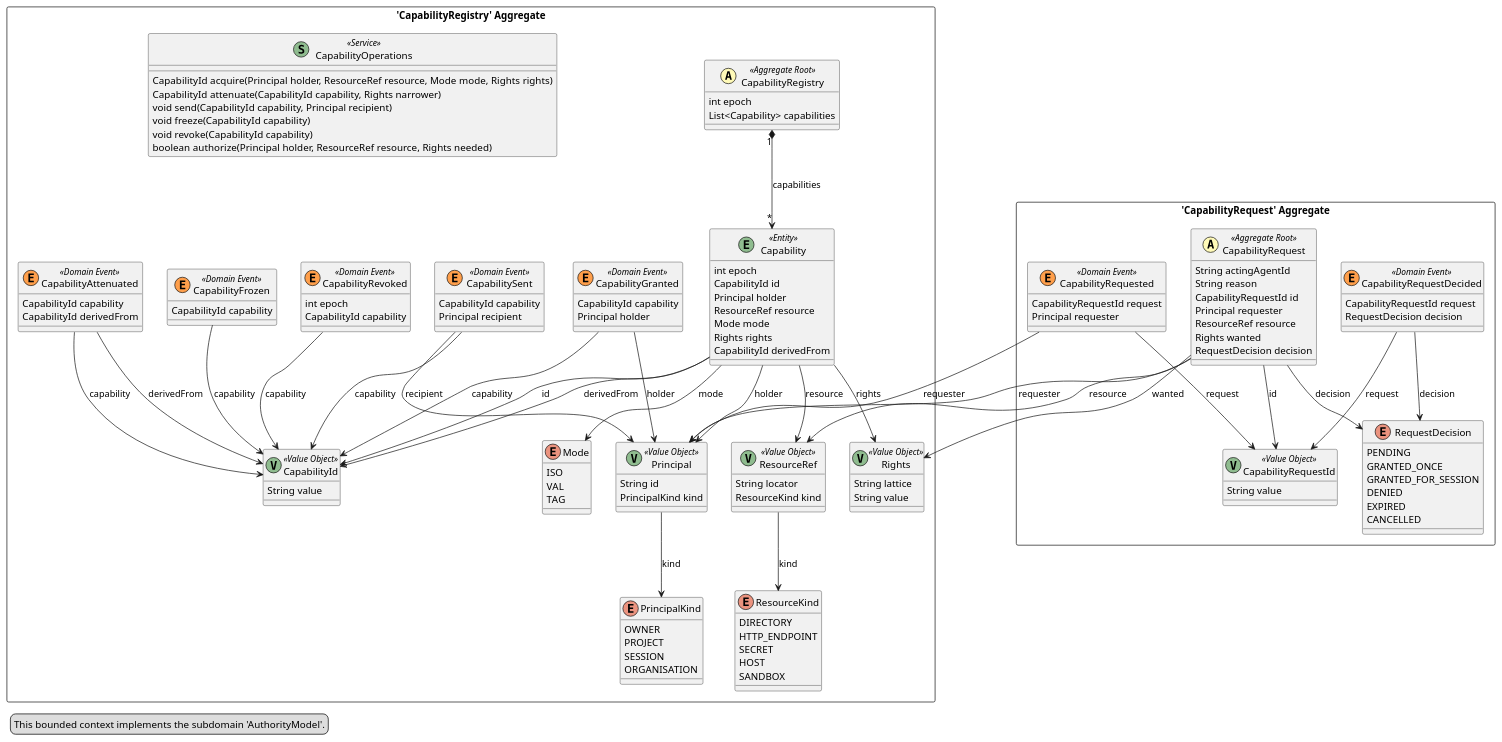
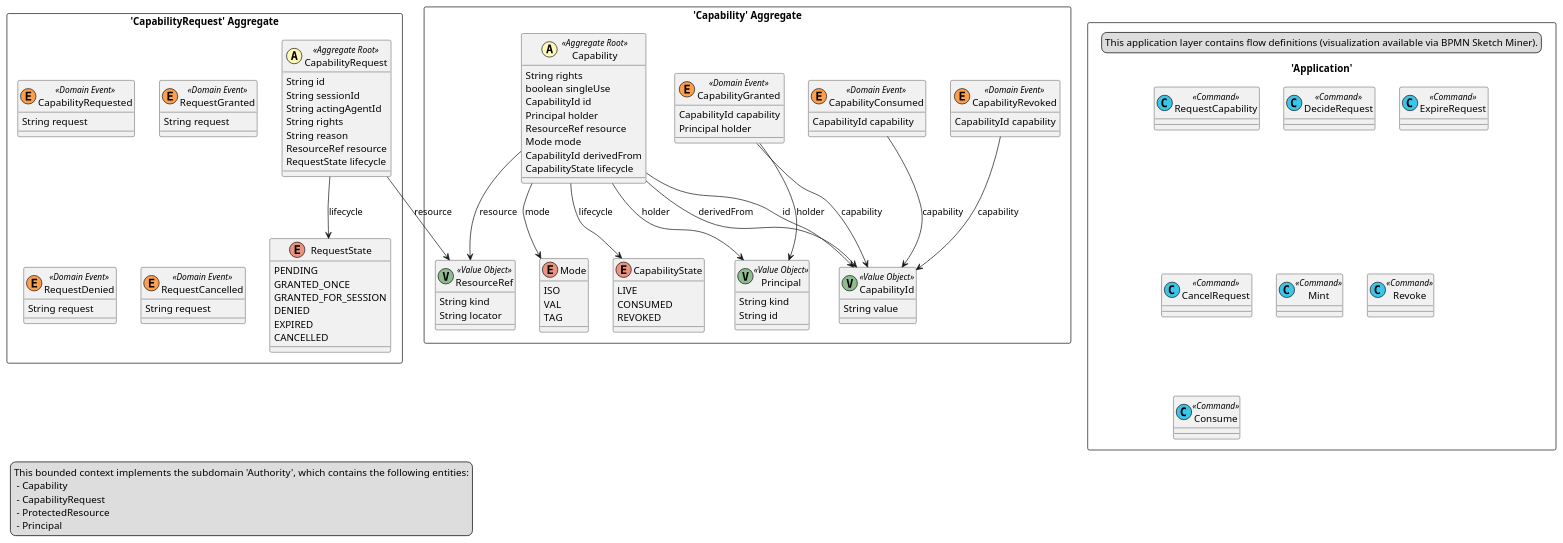
One commit to phibkro/agent-hypervisor changed the diagram in domain/out/agent-hypervisor_BC_Authority.puml. Above: the diagram before and after it, drawn with PlantUML. The commit also changed 42 other files, not shown here.

First line of the commit message:
Domain model draft 4: discovery pass (user stories, subdomain nouns, lifecycle flows), four contexts

```diff
--- a/domain/out/agent-hypervisor_BC_Authority.puml
+++ b/domain/out/agent-hypervisor_BC_Authority.puml
@@ -1,141 +1,119 @@
 @startuml
 
 skinparam componentStyle uml2
 
-package "'CapabilityRegistry' Aggregate" <<Rectangle>> {
-	class CapabilityRegistry <<(A,#fffab8) Aggregate Root>> {
-		int epoch
-		List<Capability> capabilities
-	}
-	class Capability <<(E,DarkSeaGreen) Entity>> {
-		int epoch
+package "'Capability' Aggregate" <<Rectangle>> {
+	class Capability <<(A,#fffab8) Aggregate Root>> {
+		String rights
+		boolean singleUse
 		CapabilityId id
 		Principal holder
 		ResourceRef resource
 		Mode mode
-		Rights rights
 		CapabilityId derivedFrom
+		CapabilityState lifecycle
 	}
 	class CapabilityId <<(V,DarkSeaGreen) Value Object>> {
 		String value
 	}
 	class Principal <<(V,DarkSeaGreen) Value Object>> {
+		String kind
 		String id
-		PrincipalKind kind
 	}
-	enum PrincipalKind {
-		OWNER
-		PROJECT
-		SESSION
-		ORGANISATION
+	class ResourceRef <<(V,DarkSeaGreen) Value Object>> {
+		String kind
+		String locator
 	}
 	enum Mode {
 		ISO
 		VAL
 		TAG
 	}
-	class ResourceRef <<(V,DarkSeaGreen) Value Object>> {
-		String locator
-		ResourceKind kind
-	}
-	enum ResourceKind {
-		DIRECTORY
-		HTTP_ENDPOINT
-		SECRET
-		HOST
-		SANDBOX
-	}
-	class Rights <<(V,DarkSeaGreen) Value Object>> {
-		String lattice
-		String value
+	enum CapabilityState {
+		LIVE
+		CONSUMED
+		REVOKED
 	}
 	class CapabilityGranted <<(E,#ff9f4b) Domain Event>> {
 		CapabilityId capability
 		Principal holder
 	}
-	class CapabilityAttenuated <<(E,#ff9f4b) Domain Event>> {
-		CapabilityId capability
-		CapabilityId derivedFrom
-	}
-	class CapabilitySent <<(E,#ff9f4b) Domain Event>> {
-		CapabilityId capability
-		Principal recipient
-	}
-	class CapabilityFrozen <<(E,#ff9f4b) Domain Event>> {
+	class CapabilityRevoked <<(E,#ff9f4b) Domain Event>> {
 		CapabilityId capability
 	}
-	class CapabilityRevoked <<(E,#ff9f4b) Domain Event>> {
-		int epoch
+	class CapabilityConsumed <<(E,#ff9f4b) Domain Event>> {
 		CapabilityId capability
-	}
-	class CapabilityOperations <<(S,DarkSeaGreen) Service>> {
-		CapabilityId acquire(Principal holder, ResourceRef resource, Mode mode, Rights rights)
-		CapabilityId attenuate(CapabilityId capability, Rights narrower)
-		void send(CapabilityId capability, Principal recipient)
-		void freeze(CapabilityId capability)
-		void revoke(CapabilityId capability)
-		boolean authorize(Principal holder, ResourceRef resource, Rights needed)
 	}
 }
 package "'CapabilityRequest' Aggregate" <<Rectangle>> {
 	class CapabilityRequest <<(A,#fffab8) Aggregate Root>> {
+		String id
+		String sessionId
 		String actingAgentId
+		String rights
 		String reason
-		CapabilityRequestId id
-		Principal requester
 		ResourceRef resource
-		Rights wanted
-		RequestDecision decision
+		RequestState lifecycle
 	}
-	class CapabilityRequestId <<(V,DarkSeaGreen) Value Object>> {
-		String value
-	}
-	enum RequestDecision {
+	enum RequestState {
 		PENDING
 		GRANTED_ONCE
 		GRANTED_FOR_SESSION
 		DENIED
 		EXPIRED
 		CANCELLED
 	}
 	class CapabilityRequested <<(E,#ff9f4b) Domain Event>> {
-		CapabilityRequestId request
-		Principal requester
+		String request
 	}
-	class CapabilityRequestDecided <<(E,#ff9f4b) Domain Event>> {
-		CapabilityRequestId request
-		RequestDecision decision
+	class RequestGranted <<(E,#ff9f4b) Domain Event>> {
+		String request
+	}
+	class RequestDenied <<(E,#ff9f4b) Domain Event>> {
+		String request
+	}
+	class RequestCancelled <<(E,#ff9f4b) Domain Event>> {
+		String request
 	}
 }
-CapabilityRequest --> RequestDecision : decision
+package "'Application'" <<Rectangle>> {
+	legend left
+		This application layer contains flow definitions (visualization available via BPMN Sketch Miner).
+	end legend
+	class RequestCapability <<(C,#3bc5e9) Command>> {
+	}
+	class DecideRequest <<(C,#3bc5e9) Command>> {
+	}
+	class ExpireRequest <<(C,#3bc5e9) Command>> {
+	}
+	class CancelRequest <<(C,#3bc5e9) Command>> {
+	}
+	class Mint <<(C,#3bc5e9) Command>> {
+	}
+	class Revoke <<(C,#3bc5e9) Command>> {
+	}
+	class Consume <<(C,#3bc5e9) Command>> {
+	}
+}
+Capability --> CapabilityId : derivedFrom
 Capability --> Principal : holder
+CapabilityGranted --> CapabilityId : capability
 CapabilityGranted --> Principal : holder
-CapabilitySent --> CapabilityId : capability
+Capability --> ResourceRef : resource
+Capability --> CapabilityState : lifecycle
 CapabilityRequest --> ResourceRef : resource
-CapabilityAttenuated --> CapabilityId : derivedFrom
-CapabilityRequest --> Principal : requester
+CapabilityRevoked --> CapabilityId : capability
+CapabilityRequest --> RequestState : lifecycle
 Capability --> Mode : mode
+CapabilityConsumed --> CapabilityId : capability
 Capability --> CapabilityId : id
-Capability --> CapabilityId : derivedFrom
-CapabilityRequestDecided --> CapabilityRequestId : request
-CapabilityRequestDecided --> RequestDecision : decision
-Capability --> ResourceRef : resource
-CapabilityRevoked --> CapabilityId : capability
-CapabilityRequested --> CapabilityRequestId : request
-CapabilityGranted --> CapabilityId : capability
-ResourceRef --> ResourceKind : kind
-Capability --> Rights : rights
-CapabilityFrozen --> CapabilityId : capability
-Principal --> PrincipalKind : kind
-CapabilitySent --> Principal : recipient
-CapabilityRequest --> Rights : wanted
-CapabilityRequested --> Principal : requester
-CapabilityRegistry "1" *--> "*" Capability : capabilities
-CapabilityAttenuated --> CapabilityId : capability
-CapabilityRequest --> CapabilityRequestId : id
 legend left
-  This bounded context implements the subdomain 'AuthorityModel'.
+  This bounded context implements the subdomain 'Authority', which contains the following entities:
+   - Capability
+   - CapabilityRequest
+   - ProtectedResource
+   - Principal
 end legend
 
 
 @enduml
```
